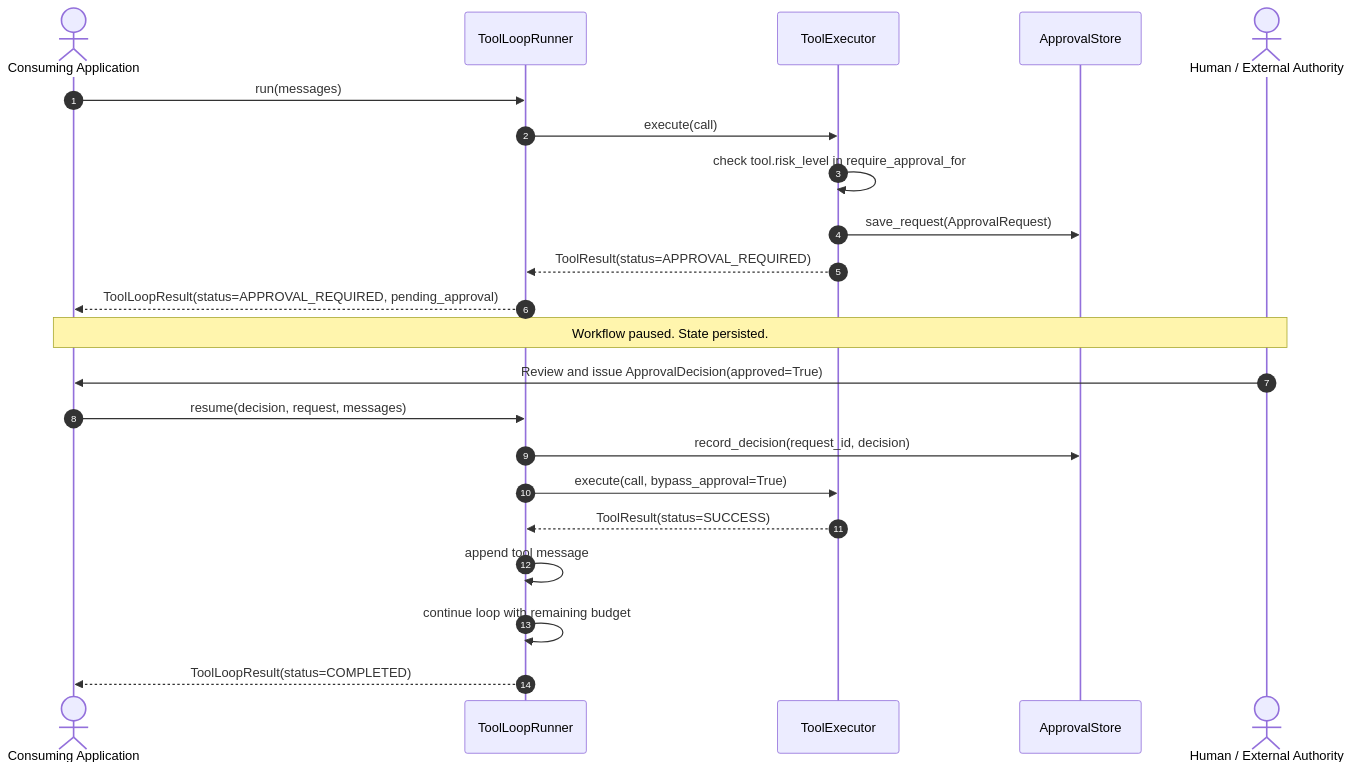
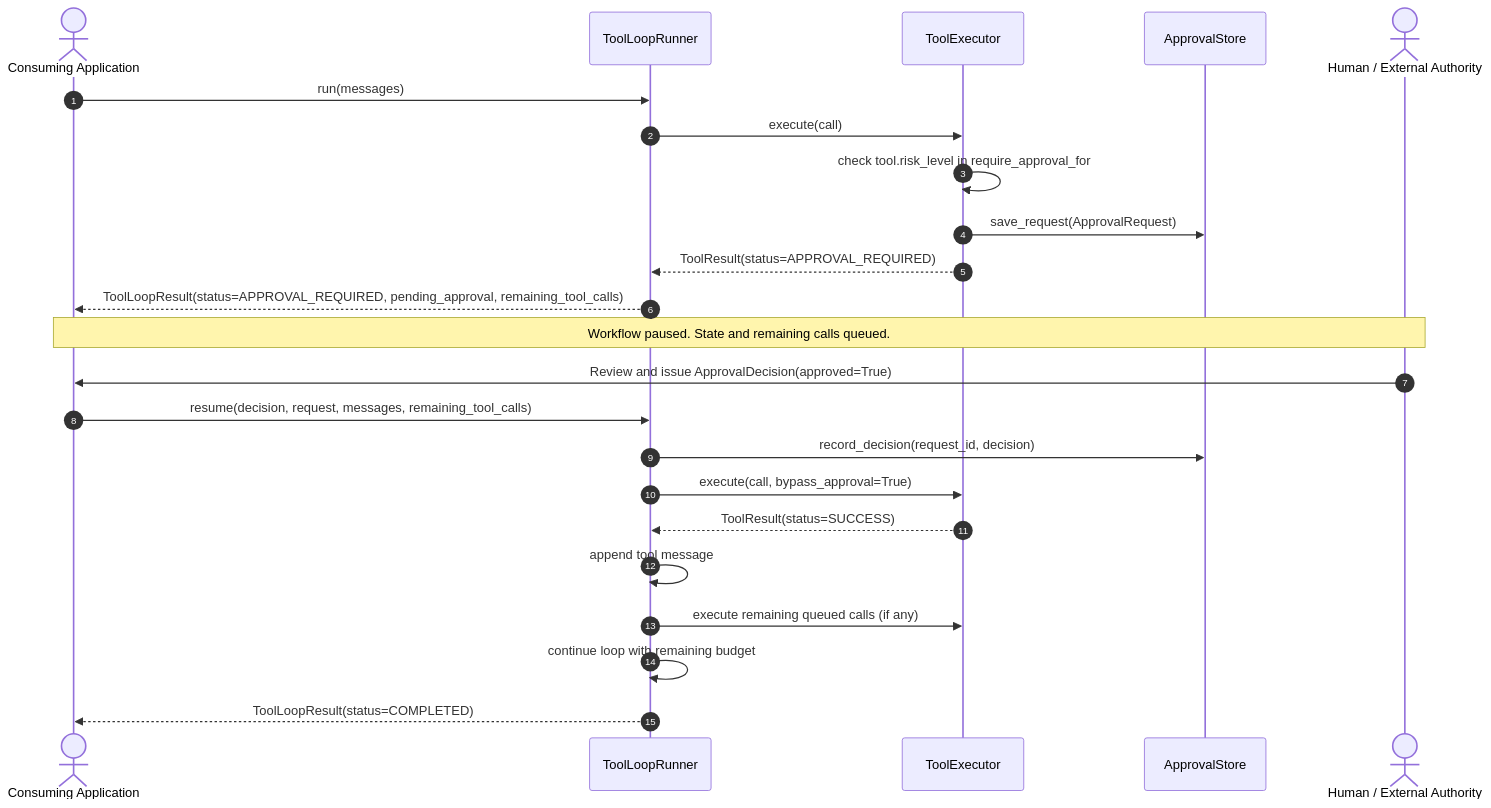
Before and after one commit to harshilkatharva/genai-engineer-journey: diagram 11 of 11 in packages/genai-core/docs/FLOW.md, drawn with Mermaid. The commit also changed 31 other files, not shown here.

Commit message:
fix: resolve provider tool schemas, approval queues, and storage bugs. Fix multi-turn tool formats, tool loop approval queuing, PII Luhn check, and pgvector tenant scoping.

````diff
--- a/packages/genai-core/docs/FLOW.md
+++ b/packages/genai-core/docs/FLOW.md
@@ -781,27 +781,28 @@
 ```mermaid
 sequenceDiagram
     autonumber
     actor Caller as Consuming Application
     participant Runner as ToolLoopRunner
     participant Exec as ToolExecutor
     participant Store as ApprovalStore
     actor Operator as Human / External Authority
 
     Caller->>Runner: run(messages)
     Runner->>Exec: execute(call)
     Exec->>Exec: check tool.risk_level in require_approval_for
     Exec->>Store: save_request(ApprovalRequest)
     Exec-->>Runner: ToolResult(status=APPROVAL_REQUIRED)
-    Runner-->>Caller: ToolLoopResult(status=APPROVAL_REQUIRED, pending_approval)
+    Runner-->>Caller: ToolLoopResult(status=APPROVAL_REQUIRED, pending_approval, remaining_tool_calls)
     
-    Note over Caller, Operator: Workflow paused. State persisted.
+    Note over Caller, Operator: Workflow paused. State and remaining calls queued.
     Operator->>Caller: Review and issue ApprovalDecision(approved=True)
     
-    Caller->>Runner: resume(decision, request, messages)
+    Caller->>Runner: resume(decision, request, messages, remaining_tool_calls)
     Runner->>Store: record_decision(request_id, decision)
     Runner->>Exec: execute(call, bypass_approval=True)
     Exec-->>Runner: ToolResult(status=SUCCESS)
     Runner->>Runner: append tool message
+    Runner->>Exec: execute remaining queued calls (if any)
     Runner->>Runner: continue loop with remaining budget
     Runner-->>Caller: ToolLoopResult(status=COMPLETED)
 ```
````
